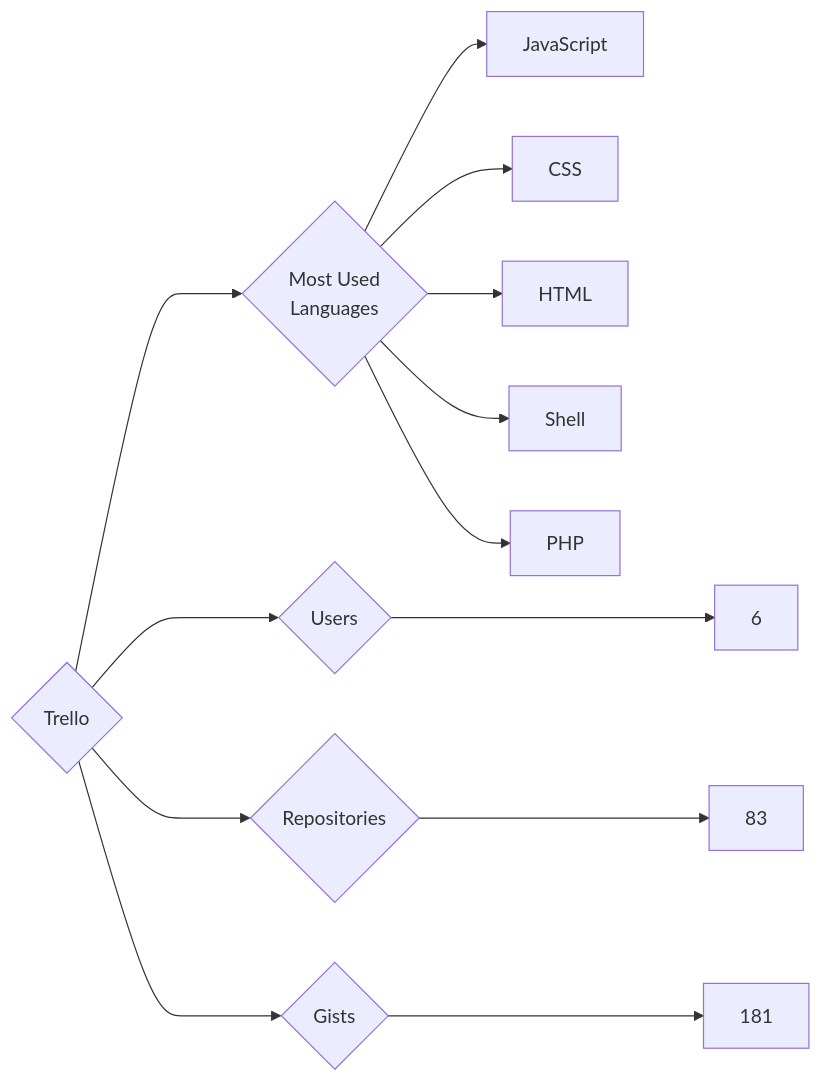
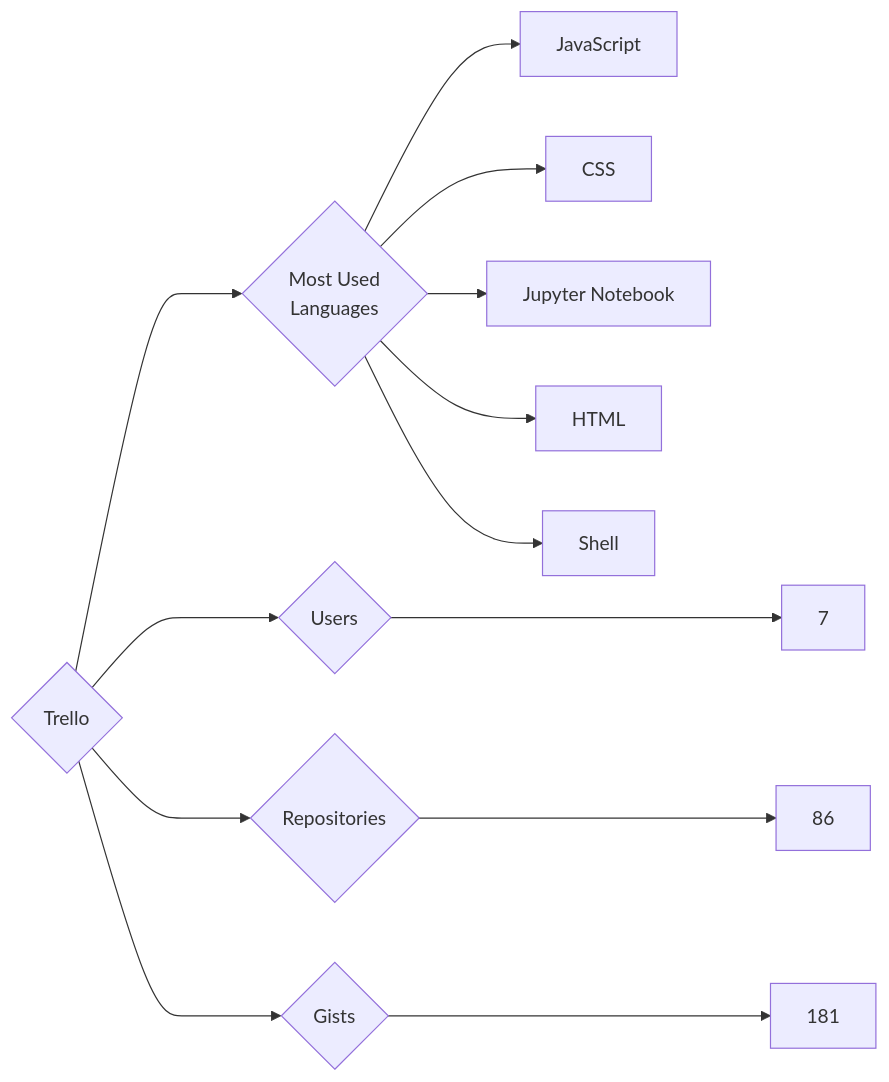
The diagram in targets/Trello/README.md (trickest/insiders), drawn with Mermaid before and after one commit. The commit also changed 878 other files, not shown here.

````diff
--- a/targets/Trello/README.md
+++ b/targets/Trello/README.md
@@ -3,13 +3,13 @@
 ```mermaid
 graph LR
 COMPANY_NAME{Trello}
-COMPANY_NAME ---> U{Users} ---> UN[6]
-COMPANY_NAME ---> R{Repositories} ---> RN[83]
+COMPANY_NAME ---> U{Users} ---> UN[7]
+COMPANY_NAME ---> R{Repositories} ---> RN[86]
 COMPANY_NAME ---> G{Gists} ---> GN[181]
 COMPANY_NAME ---> ML{Most Used<br>Languages}
 ML --> JavaScript[JavaScript]
 ML --> CSS[CSS]
+ML --> Jupyter_Notebook[Jupyter Notebook]
 ML --> HTML[HTML]
 ML --> Shell[Shell]
-ML --> PHP[PHP]
 ```
````
